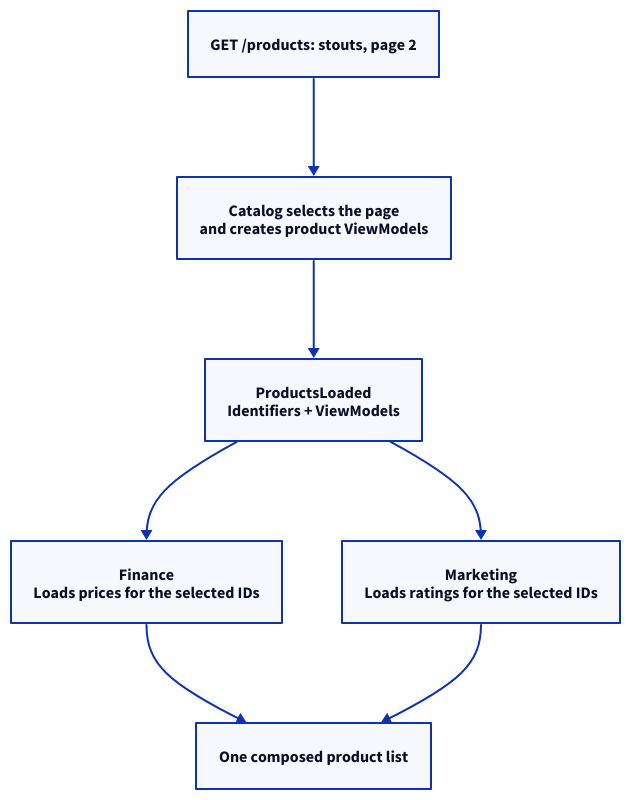
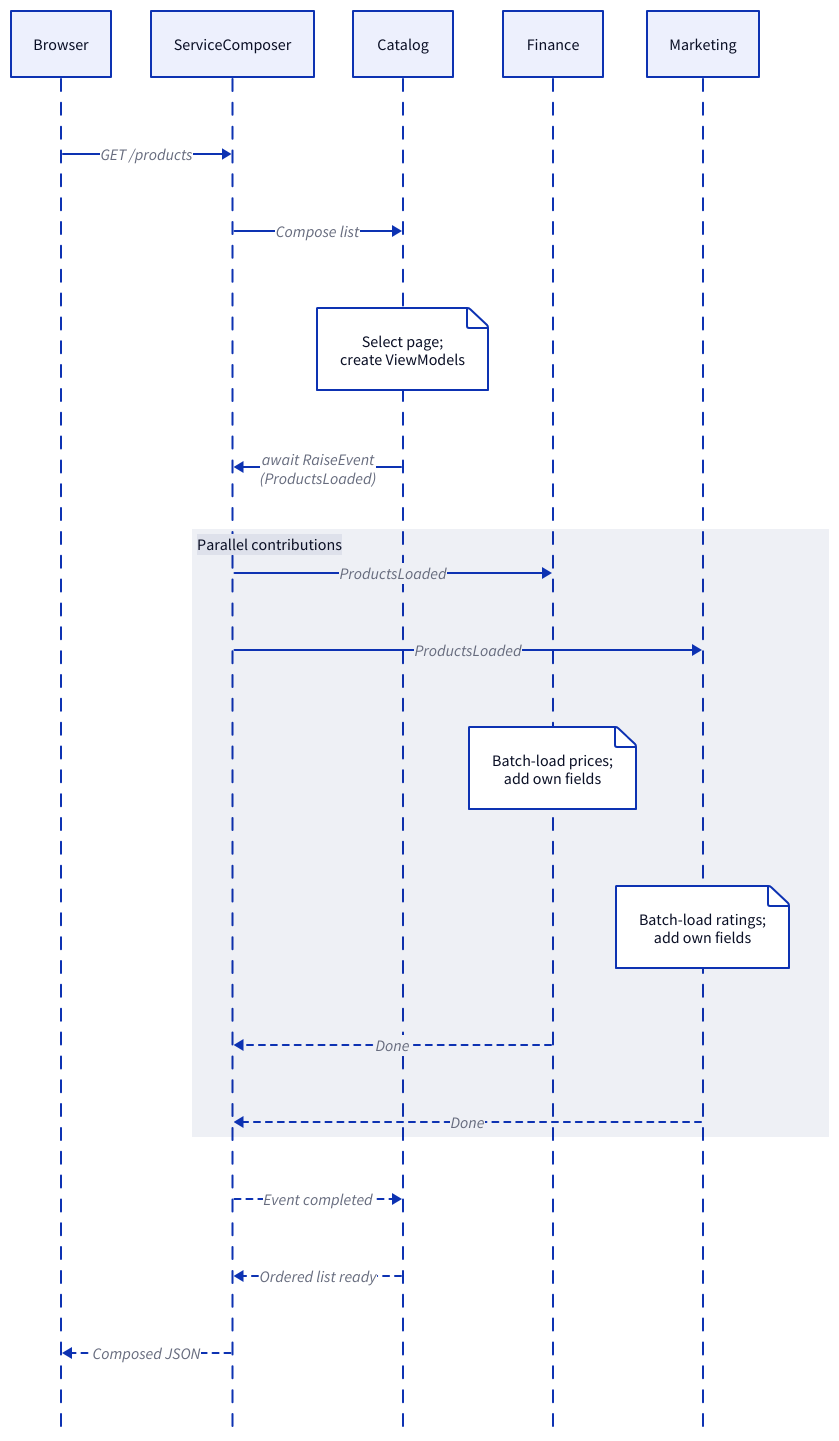
Before and after one commit to dvdstelt/weblog: the diagram in src/content/posts/2026-11-04-composing-product-lists-with-servicecomposer.md, drawn with D2. The commit also changed other lines of this file, not shown here.

Commit message:
Use a sequence diagram for product-list composition

````diff
--- a/src/content/posts/2026-11-04-composing-product-lists-with-servicecomposer.md
+++ b/src/content/posts/2026-11-04-composing-product-lists-with-servicecomposer.md
@@ -50,16 +50,26 @@
 ```d2
-direction: down
-request: "GET /products: stouts, page 2"
-selection: "Catalog selects the page\nand creates product ViewModels"
-event: "ProductsLoaded\nIdentifiers + ViewModels"
-finance: "Finance\nLoads prices for the selected IDs"
-marketing: "Marketing\nLoads ratings for the selected IDs"
-response: "One composed product list"
+shape: sequence_diagram
+browser: "Browser"
+composer: "ServiceComposer"
+catalog: "Catalog"
+finance: "Finance"
+marketing: "Marketing"
 
-request -> selection
-selection -> event
-event -> finance
-event -> marketing
-finance -> response
-marketing -> response
+browser -> composer: "GET /products"
+composer -> catalog: "Compose list"
+catalog.selection: "Select page;\ncreate ViewModels"
+catalog -> composer: "await RaiseEvent\n(ProductsLoaded)"
+
+parallel: "Parallel contributions" {
+  composer -> finance: "ProductsLoaded"
+  composer -> marketing: "ProductsLoaded"
+  finance.query: "Batch-load prices;\nadd own fields"
+  marketing.query: "Batch-load ratings;\nadd own fields"
+  finance -> composer: "Done" {style.stroke-dash: 3}
+  marketing -> composer: "Done" {style.stroke-dash: 3}
+}
+
+composer -> catalog: "Event completed" {style.stroke-dash: 3}
+catalog -> composer: "Ordered list ready" {style.stroke-dash: 3}
+composer -> browser: "Composed JSON" {style.stroke-dash: 3}
 ```
````
